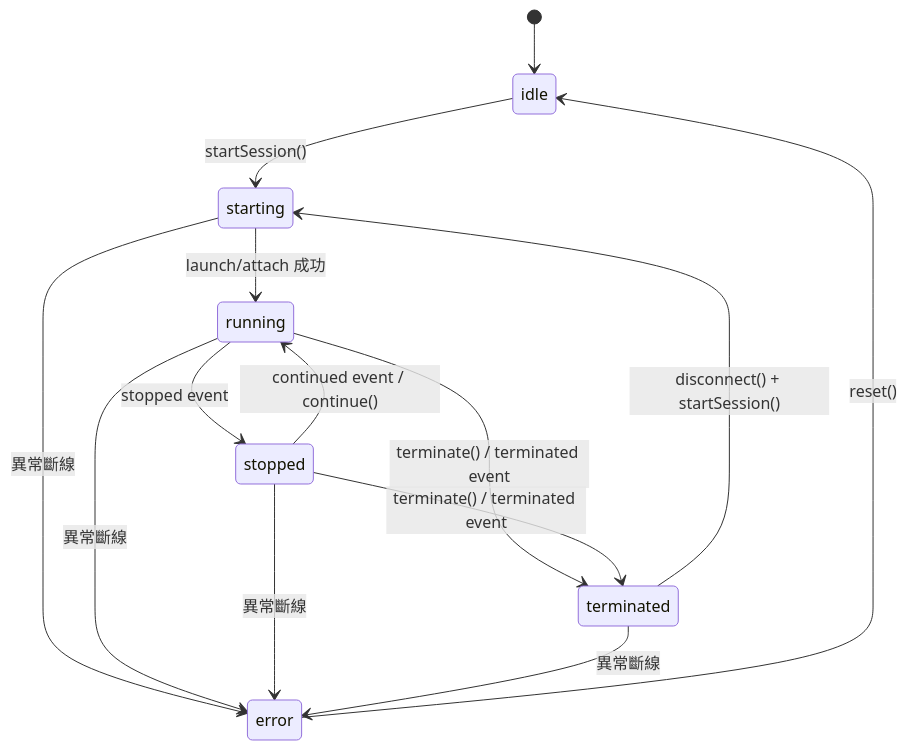
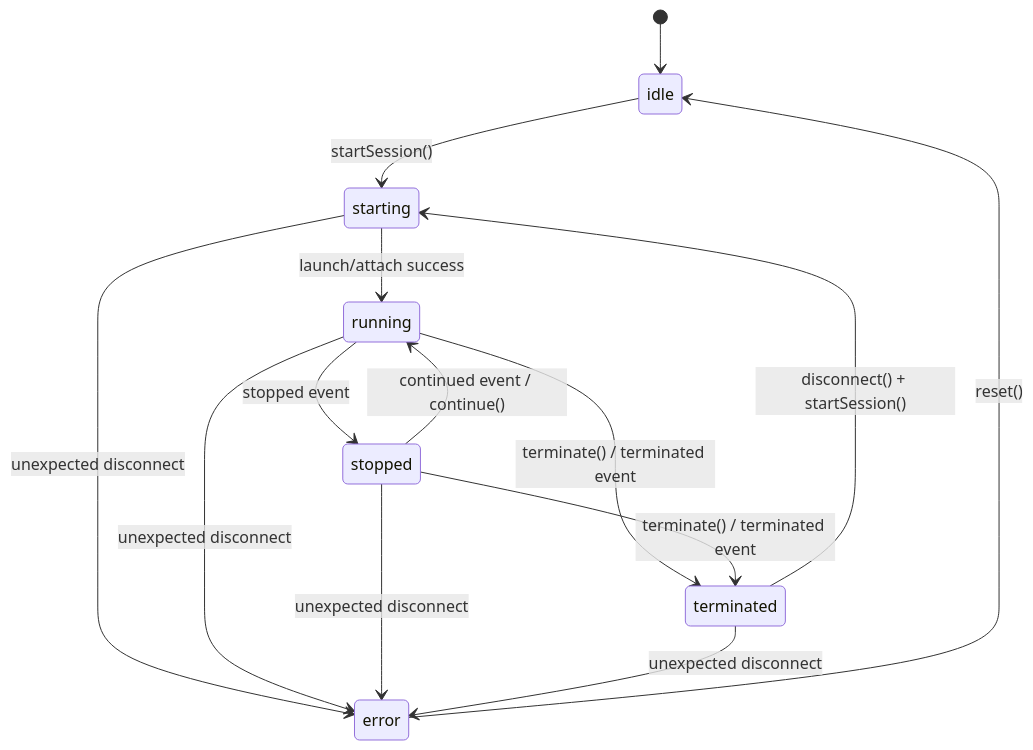
The second of 9 diagrams in docs/architecture.md (tangpo387-arch/taro-debugger), drawn with Mermaid before and after one commit. The commit also changed other lines of this file and 9 other files, not shown here.

````diff
--- a/docs/architecture.md
+++ b/docs/architecture.md
@@ -91,20 +103,20 @@
 ```mermaid
 stateDiagram-v2
     [*] --> idle
     idle --> starting : startSession()
-    starting --> running : launch/attach 成功
+    starting --> running : launch/attach success
     running --> stopped : stopped event
     stopped --> running : continued event / continue()
     running --> terminated : terminate() / terminated event
     stopped --> terminated : terminate() / terminated event
     terminated --> starting : disconnect() + startSession()
-    
-    %% 異常斷線，進入 error 狀態
-    starting --> error : 異常斷線
-    running --> error : 異常斷線
-    stopped --> error : 異常斷線
-    terminated --> error : 異常斷線
-    
-    %% error 狀態的處置
+
+    %% Unexpected disconnect enters error state
+    starting --> error : unexpected disconnect
+    running --> error : unexpected disconnect
+    stopped --> error : unexpected disconnect
+    terminated --> error : unexpected disconnect
+
+    %% Error state handling
     error --> idle : reset()
 ```
````
